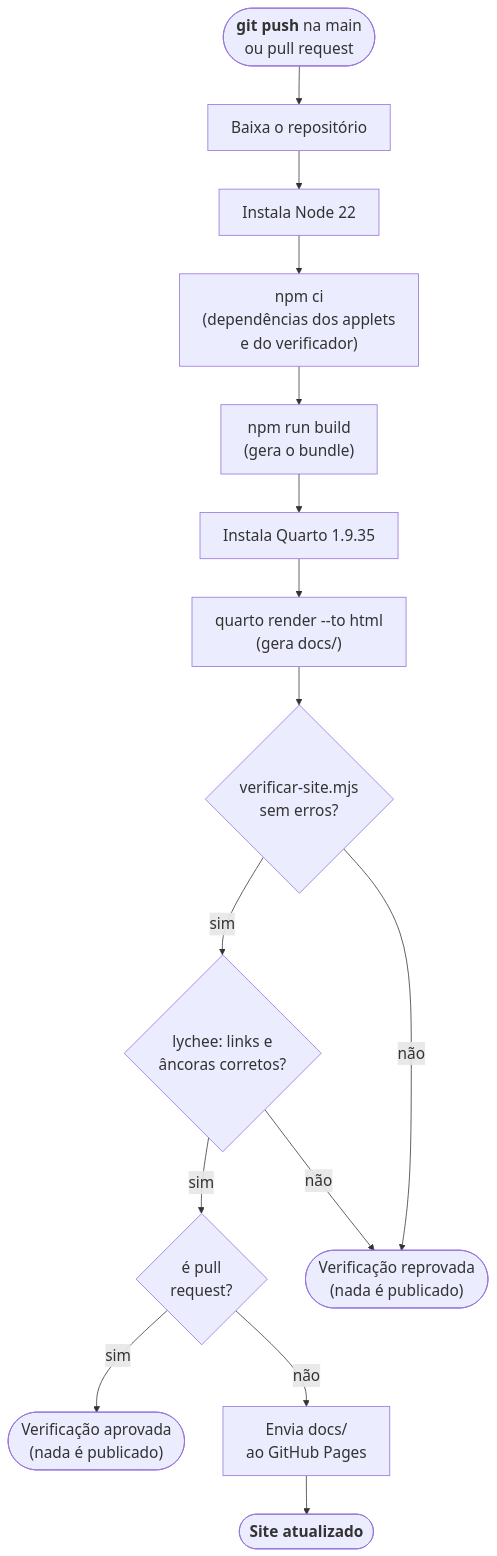
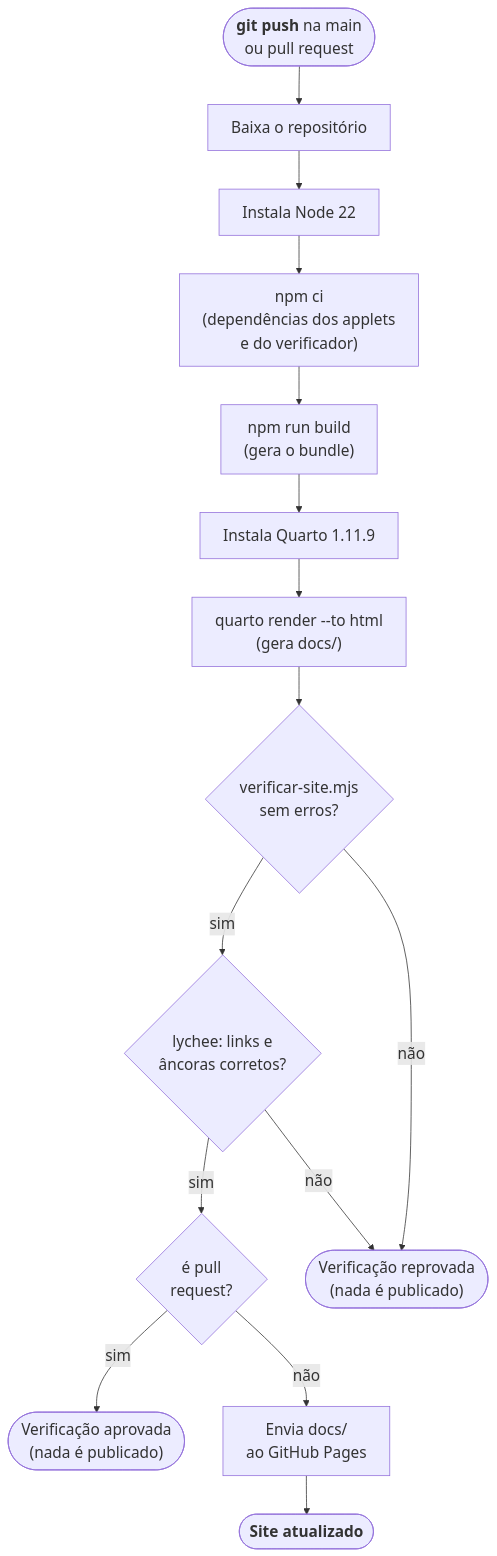
Before and after one commit to lcmerlo/livro-online-fcg: the eighth of 9 diagrams in _interno/diretrizes/arquitetura.md, drawn with Mermaid. The commit also changed other lines of this file and 5 other files, not shown here.

````diff
--- a/_interno/diretrizes/arquitetura.md
+++ b/_interno/diretrizes/arquitetura.md
@@ -405,26 +405,26 @@
 ```mermaid
 %%{init: {"themeVariables": {"fontSize": "20px"}, "flowchart": {"wrappingWidth": 420}}}%%
 flowchart TD
     push(["<b>git push</b> na main<br/>ou pull request"])
     co["Baixa o repositório"]
     node["Instala Node 22"]
     ci["npm ci<br/>(dependências dos applets<br/>e do verificador)"]
     build["npm run build<br/>(gera o bundle)"]
-    qi["Instala Quarto 1.9.35"]
+    qi["Instala Quarto 1.11.9"]
     render["quarto render --to html<br/>(gera docs/)"]
     t1{"verificar-site.mjs<br/>sem erros?"}
     t2{"lychee: links e<br/>âncoras corretos?"}
     pr{"é pull<br/>request?"}
     ok(["Verificação aprovada<br/>(nada é publicado)"])
     up["Envia docs/<br/>ao GitHub Pages"]
     dep(["<b>Site atualizado</b>"])
     fail(["Verificação reprovada<br/>(nada é publicado)"])
 
     push --> co --> node --> ci --> build --> qi --> render --> t1
     t1 -->|"sim"| t2
     t2 -->|"sim"| pr
     pr -->|"sim"| ok
     pr -->|"não"| up --> dep
     t1 -->|"não"| fail
     t2 -->|"não"| fail
 ```
````
